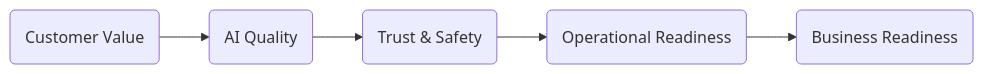
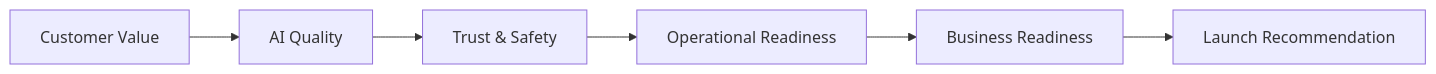
The diagram in README.md (sadasib/ai-product-readiness-index), drawn with Mermaid before and after one commit. The commit also changed other lines of this file and 3 other files, not shown here.

````diff
--- a/README.md
+++ b/README.md
@@ -57,9 +36,15 @@
 ```mermaid
 flowchart LR
 
-A(Customer Value)
--->B(AI Quality)
--->C(Trust & Safety)
--->D(Operational Readiness)
--->E(Business Readiness)
+A[Customer Value]
+
+-->B[AI Quality]
+
+-->C[Trust & Safety]
+
+-->D[Operational Readiness]
+
+-->E[Business Readiness]
+
+-->F[Launch Recommendation]
 ```
````
